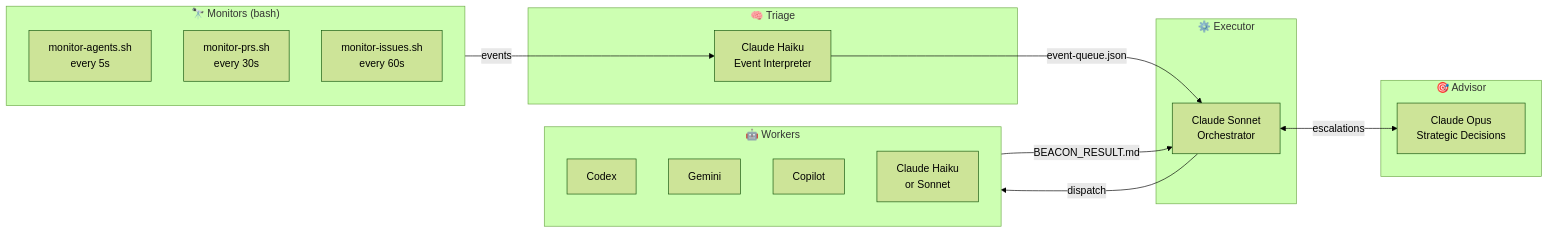
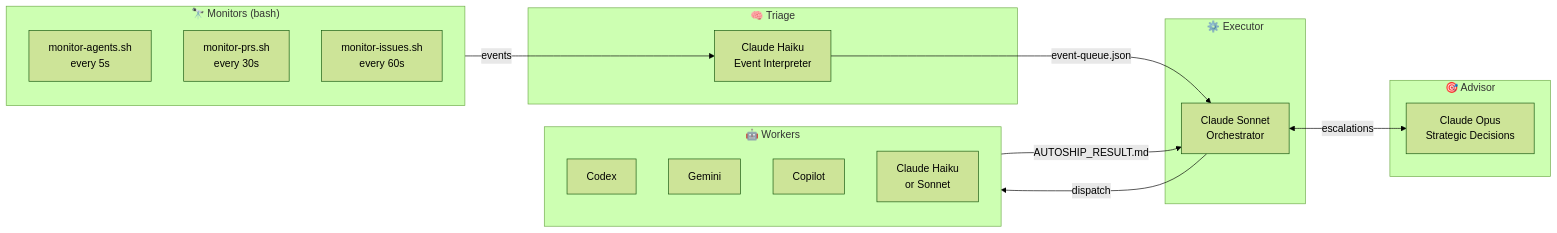
The second of 2 diagrams in README.md (Maleick/beacon), drawn with Mermaid (forest theme) before and after one commit. The commit also changed other lines of this file and 39 other files, not shown here.

First line of the commit message:
refactor: rename beacon → autoship throughout codebase

````diff
--- a/README.md
+++ b/README.md
@@ -252,33 +252,33 @@
 ```mermaid
 flowchart LR
     subgraph Monitors["🔭 Monitors (bash)"]
         M1["monitor-agents.sh\nevery 5s"]
         M2["monitor-prs.sh\nevery 30s"]
         M3["monitor-issues.sh\nevery 60s"]
     end
 
     subgraph Triage["🧠 Triage"]
         H["Claude Haiku\nEvent Interpreter"]
     end
 
     subgraph Executor["⚙️ Executor"]
         S["Claude Sonnet\nOrchestrator"]
     end
 
     subgraph Advisor["🎯 Advisor"]
         O["Claude Opus\nStrategic Decisions"]
     end
 
     subgraph Workers["🤖 Workers"]
         W1[Codex]
         W2[Gemini]
         W3[Copilot]
         W4[Claude Haiku\nor Sonnet]
     end
 
     Monitors -->|events| H
     H -->|"event-queue.json"| S
     S <-->|escalations| O
     S -->|dispatch| Workers
-    Workers -->|"BEACON_RESULT.md"| S
+    Workers -->|"AUTOSHIP_RESULT.md"| S
 ```
````
